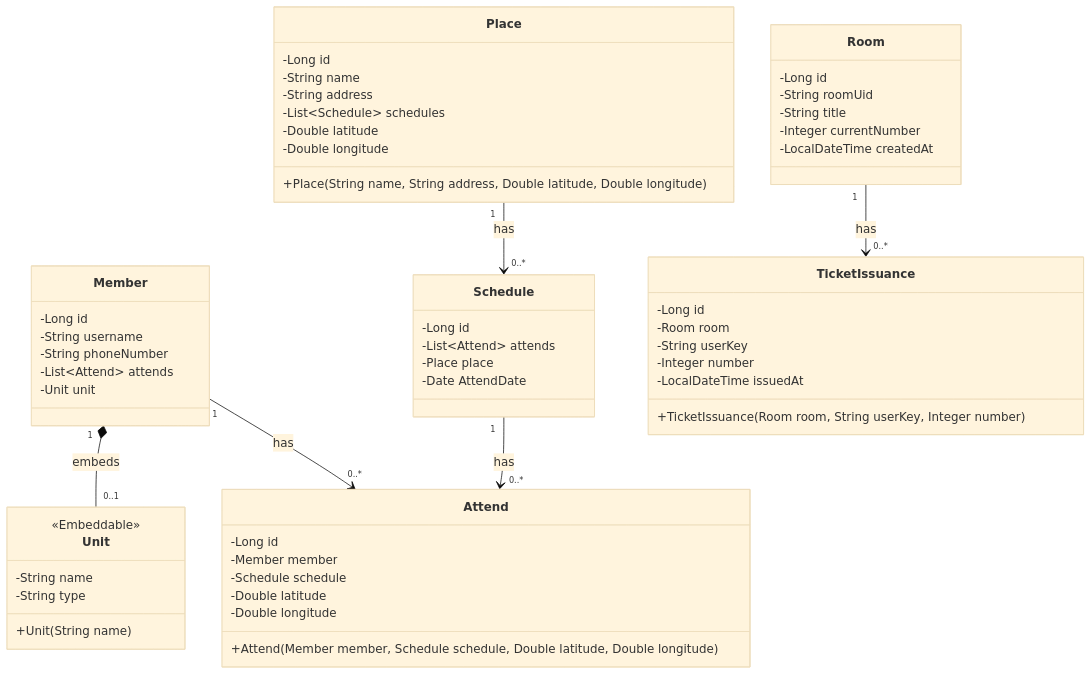
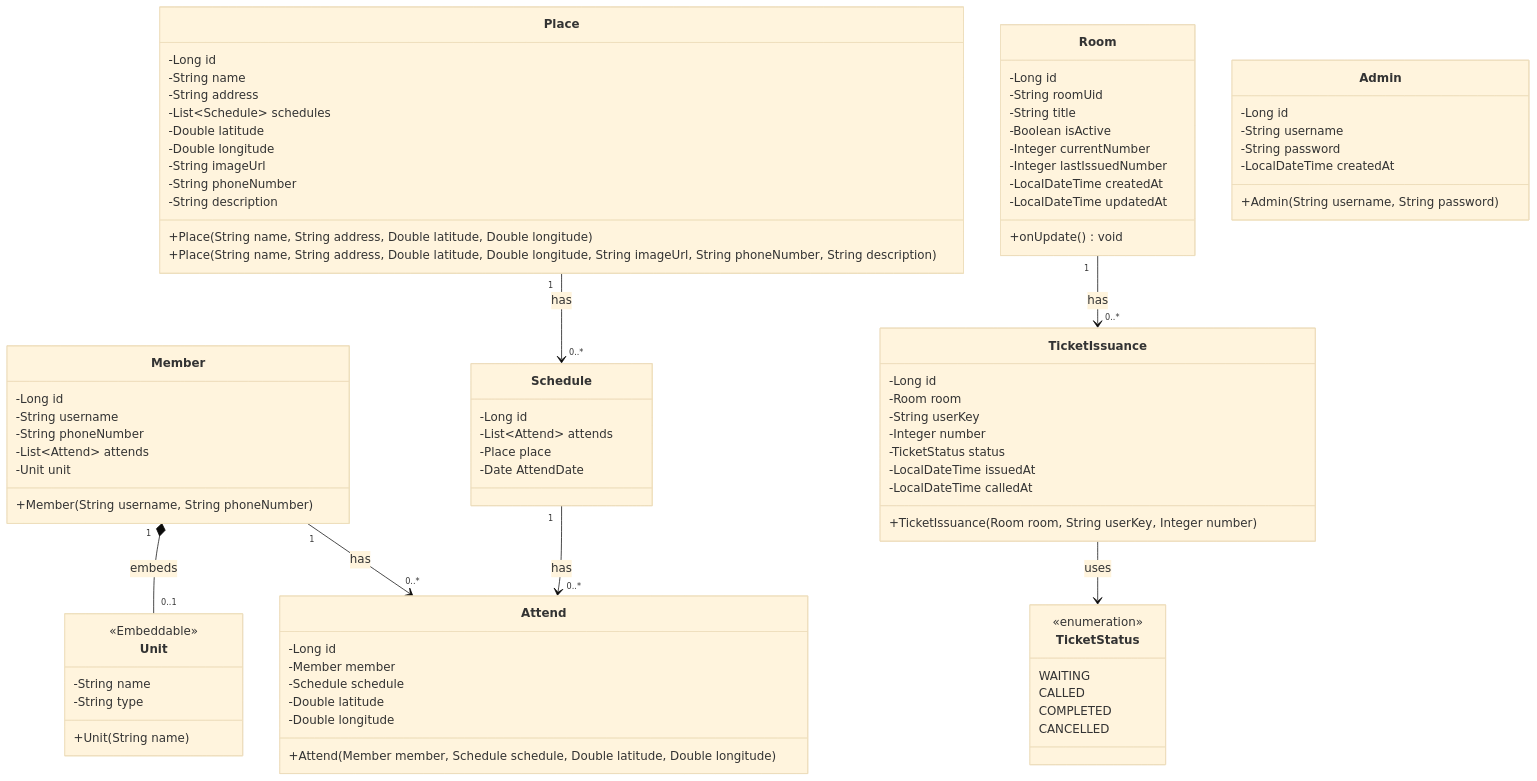
One commit to TetraLabYonam/api changed the second of 8 diagrams in src/main/resources/markDown/DATABASE_DIAGRAMS.md. Above: the diagram before and after it, drawn with Mermaid (base theme). The commit also changed other lines of this file and 4 other files, not shown here.

First line of the commit message:
DOCS : 프로젝트 문서 정리 및 DATABASE_DIAGRAMS.md 개선

````diff
--- a/src/main/resources/markDown/DATABASE_DIAGRAMS.md
+++ b/src/main/resources/markDown/DATABASE_DIAGRAMS.md
@@ -66,6 +98,7 @@
         -String phoneNumber
         -List~Attend~ attends
         -Unit unit
+        +Member(String username, String phoneNumber)
     }
 
     class Unit {
@@ -98,15 +131,23 @@
         -List~Schedule~ schedules
         -Double latitude
         -Double longitude
+        -String imageUrl
+        -String phoneNumber
+        -String description
         +Place(String name, String address, Double latitude, Double longitude)
+        +Place(String name, String address, Double latitude, Double longitude, String imageUrl, String phoneNumber, String description)
     }
 
     class Room {
         -Long id
         -String roomUid
         -String title
+        -Boolean isActive
         -Integer currentNumber
+        -Integer lastIssuedNumber
         -LocalDateTime createdAt
+        -LocalDateTime updatedAt
+        +onUpdate() void
     }
 
     class TicketIssuance {
@@ -114,8 +155,26 @@
         -Room room
         -String userKey
         -Integer number
+        -TicketStatus status
         -LocalDateTime issuedAt
+        -LocalDateTime calledAt
         +TicketIssuance(Room room, String userKey, Integer number)
+    }
+
+    class TicketStatus {
+        <<enumeration>>
+        WAITING
+        CALLED
+        COMPLETED
+        CANCELLED
+    }
+
+    class Admin {
+        -Long id
+        -String username
+        -String password
+        -LocalDateTime createdAt
+        +Admin(String username, String password)
     }
 
     Member "1" --> "0..*" Attend : has
@@ -123,4 +182,5 @@
     Schedule "1" --> "0..*" Attend : has
     Place "1" --> "0..*" Schedule : has
     Room "1" --> "0..*" TicketIssuance : has
+    TicketIssuance --> TicketStatus : uses
 ```
````
